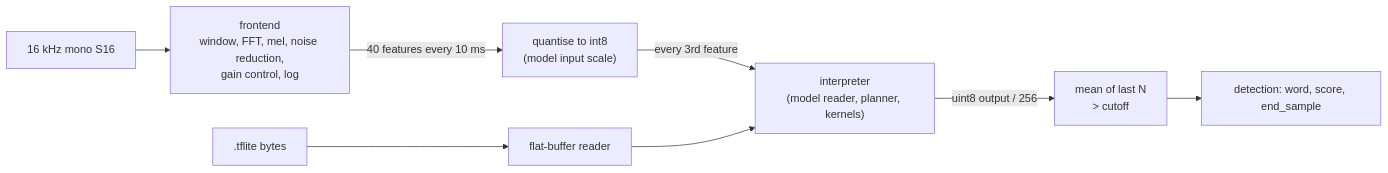
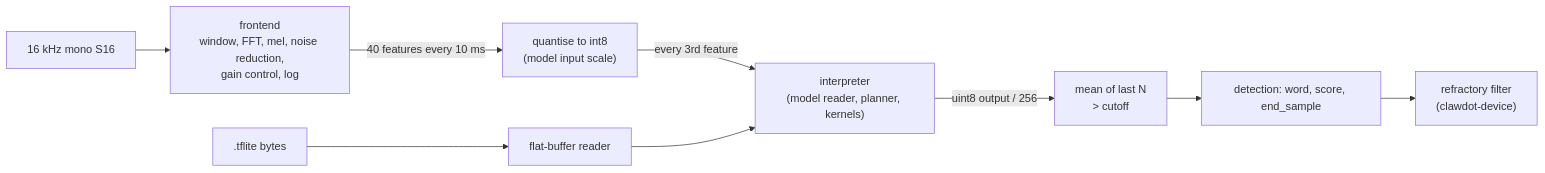
The diagram in docs/architecture/wake-word-runtime.md (AndyAnderson8/clawdot), drawn with Mermaid before and after one commit. The commit also changed other lines of this file and 6 other files, not shown here.

````diff
--- a/docs/architecture/wake-word-runtime.md
+++ b/docs/architecture/wake-word-runtime.md
@@ -9,9 +9,10 @@
 ```mermaid
 flowchart LR
     PCM["16 kHz mono S16"] --> FE["frontend<br/>window, FFT, mel, noise reduction,<br/>gain control, log"]
     FE -->|"40 features every 10 ms"| Q["quantise to int8<br/>(model input scale)"]
     Q -->|"every 3rd feature"| IN["interpreter<br/>(model reader, planner, kernels)"]
     M[".tflite bytes"] --> RD["flat-buffer reader"] --> IN
     IN -->|"uint8 output / 256"| W["mean of last N<br/>> cutoff"]
     W --> D["detection: word, score, end_sample"]
+    D --> R["refractory filter<br/>(clawdot-device)"]
 ```
````
